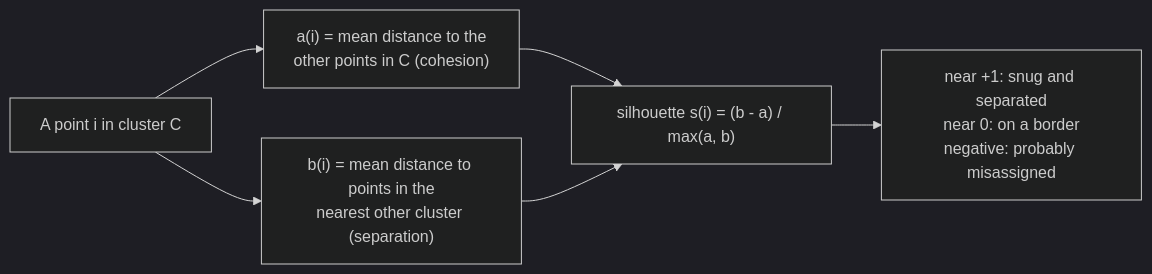
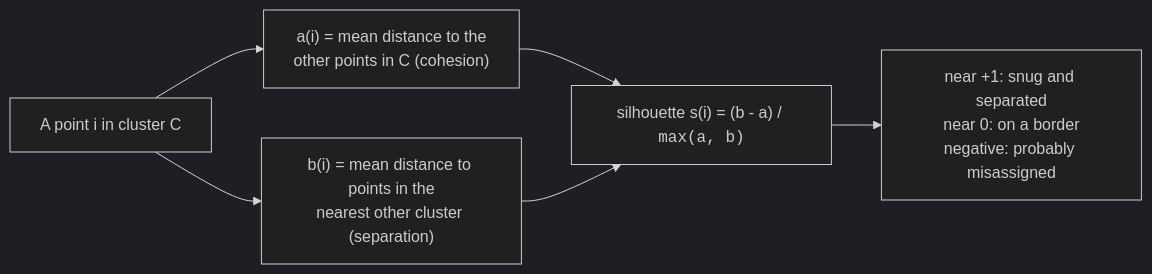
The diagram in content/learn/machine-learning-scikit-learn/evaluating-clusters.mdx (dataslope/dataslope), drawn with Mermaid (dark theme) before and after one commit. The commit also changed 218 other files, not shown here.

First line of the commit message:
Render code-only mermaid shapes in monospace; convert step sequences to Steps (#467)

````diff
--- a/content/learn/machine-learning-scikit-learn/evaluating-clusters.mdx
+++ b/content/learn/machine-learning-scikit-learn/evaluating-clusters.mdx
@@ -42,8 +42,8 @@
 ```mermaid
 flowchart LR
     P["A point i in cluster C"] --> A["a(i) = mean distance to the<br/>other points in C (cohesion)"]
     P --> B["b(i) = mean distance to points in the<br/>nearest other cluster (separation)"]
-    A --> S["silhouette s(i) = (b - a) / max(a, b)"]
+    A --> S["silhouette s(i) = (b - a) / <code>max(a, b)</code>"]
     B --> S
     S --> R["near +1: snug and separated<br/>near 0: on a border<br/>negative: probably misassigned"]
 ```
````
